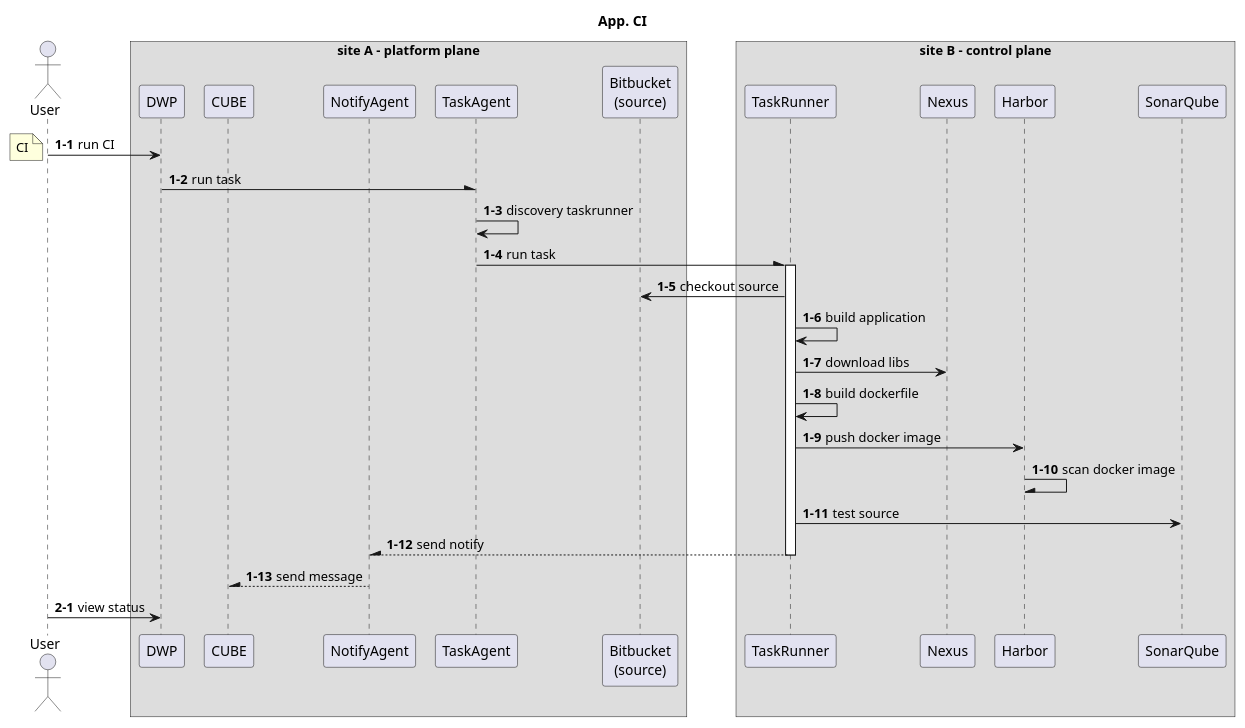
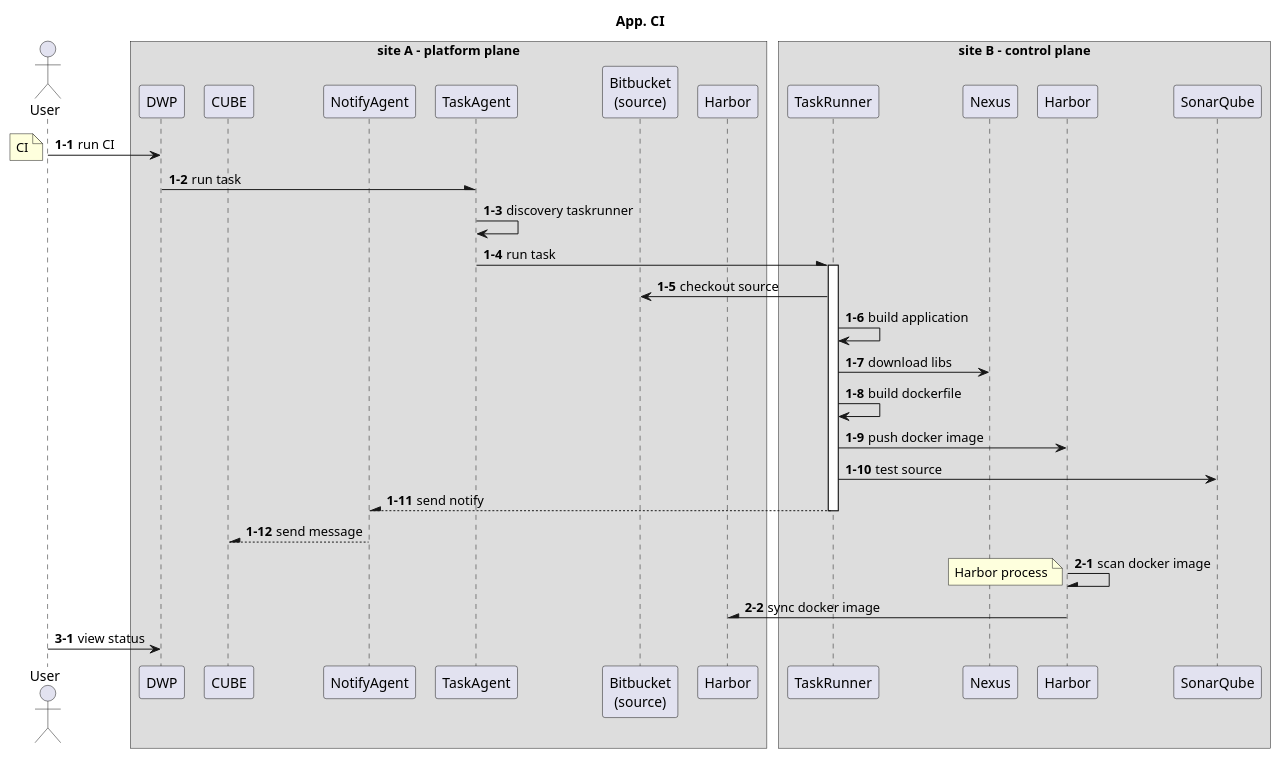
The seventh of 13 diagrams in docs/src/multi-cloud/diagram.md (htdp1/am-arch), drawn with PlantUML before and after one commit. The commit also changed other lines of this file, not shown here.

Commit message:
modify diagram 1411

```diff
--- a/docs/src/multi-cloud/diagram.md
+++ b/docs/src/multi-cloud/diagram.md
@@ -264,44 +281,51 @@
 @startuml
 
 scale 1
 skinparam ParticipantPadding 5
 skinparam BoxPadding 5
 title "App. CI"
 
 actor User
 box "site A - platform plane"
     participant DWP
     participant CUBE
     participant NotifyAgent
     participant TaskAgent
     participant "Bitbucket\n(source)" as source
+    participant Harbor as HarborA
 end box
 box "site B - control plane"
     participant TaskRunner
     participant Nexus
     participant Harbor
     participant SonarQube
 end box
 
 autonumber 1-1
 User -> DWP : run CI
 note left : CI
 DWP -\ TaskAgent : run task
 TaskAgent -> TaskAgent : discovery taskrunner
 TaskAgent -\ TaskRunner : run task
 activate TaskRunner
+
 TaskRunner -> source : checkout source
 TaskRunner -> TaskRunner : build application
 TaskRunner -> Nexus : download libs
 TaskRunner -> TaskRunner : build dockerfile
 TaskRunner -> Harbor : push docker image
-Harbor -\ Harbor : scan docker image
 TaskRunner -> SonarQube : test source
+
 TaskRunner --\ NotifyAgent : send notify
 deactivate TaskRunner
 NotifyAgent --\ CUBE : send message
 
 autonumber 2-1
+Harbor -\ Harbor : scan docker image
+note left : Harbor process
+Harbor -\ HarborA : sync docker image
+
+autonumber 3-1
 User -> DWP : view status
 
 @enduml
```
